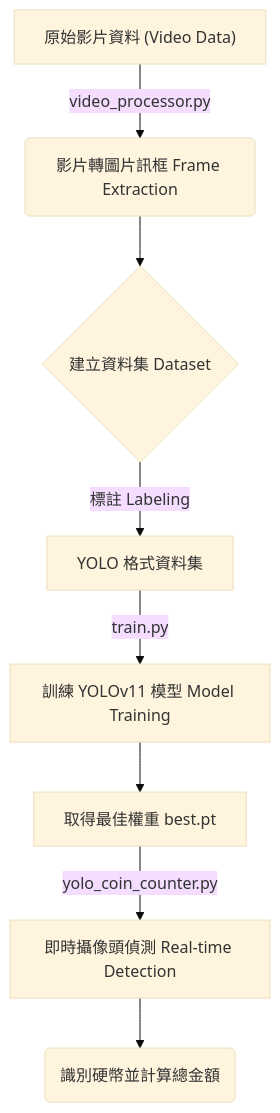
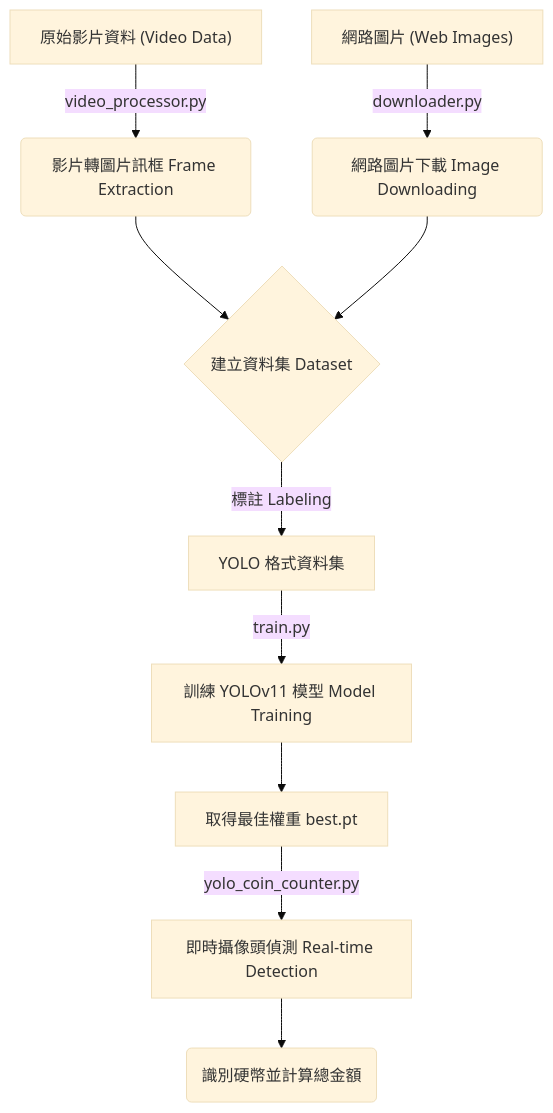
Before and after one commit to gordonpow/lab_test: the diagram in Question_1_Coin_Detection/Coin_Detection_yolo/README.md, drawn with Mermaid (base theme). The commit also changed other lines of this file, not shown here.

Commit message:
fix coin_yolo readme

````diff
--- a/Question_1_Coin_Detection/Coin_Detection_yolo/README.md
+++ b/Question_1_Coin_Detection/Coin_Detection_yolo/README.md
@@ -9,10 +9,12 @@
 ```mermaid
 graph TD
     A["原始影片資料 (Video Data)"] -->|video_processor.py| B("影片轉圖片訊框 Frame Extraction")
+    I["網路圖片 (Web Images)"] -->|downloader.py| J("網路圖片下載 Image Downloading")
     B --> C{"建立資料集 Dataset"}
+    J --> C
     C -->|標註 Labeling| D["YOLO 格式資料集"]
     D -->|train.py| E["訓練 YOLOv11 模型 Model Training"]
     E --> F["取得最佳權重 best.pt"]
     F -->|yolo_coin_counter.py| G["即時攝像頭偵測 Real-time Detection"]
     G --> H("識別硬幣並計算總金額")
 ```
````
